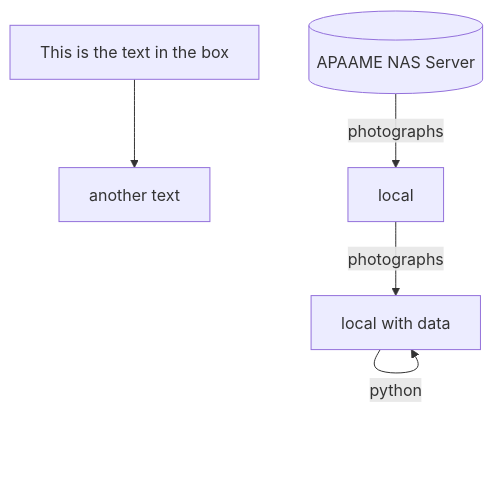
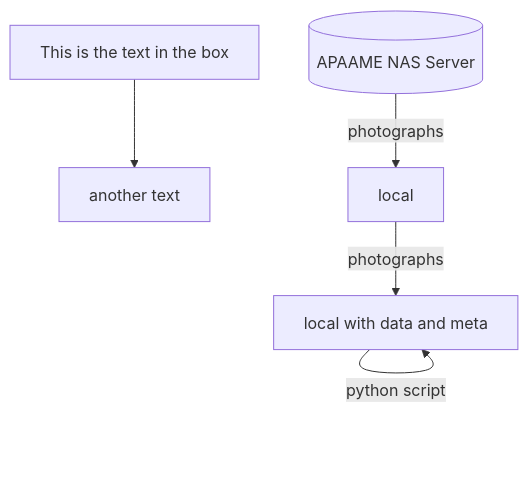
The diagram in projects/apaame-photos/README.md (eamena-project/eamena-arches-dev), drawn with Mermaid before and after one commit.

Commit message:
mermaid diag

````diff
--- a/projects/apaame-photos/README.md
+++ b/projects/apaame-photos/README.md
@@ -2,7 +2,7 @@
 ```mermaid
 flowchart TD
     id1[This is the text in the box] --> id2[another text]
     A[(APAAME NAS Server)] --photographs--> B[local];
-    B --photographs--> C[local with data];
-    C --python--> C;
+    B --photographs--> C[local with data and meta];
+    C --python script--> C;
 ```
````
